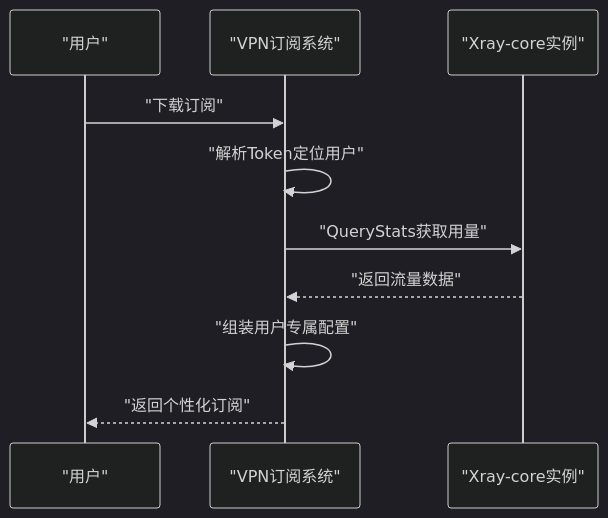
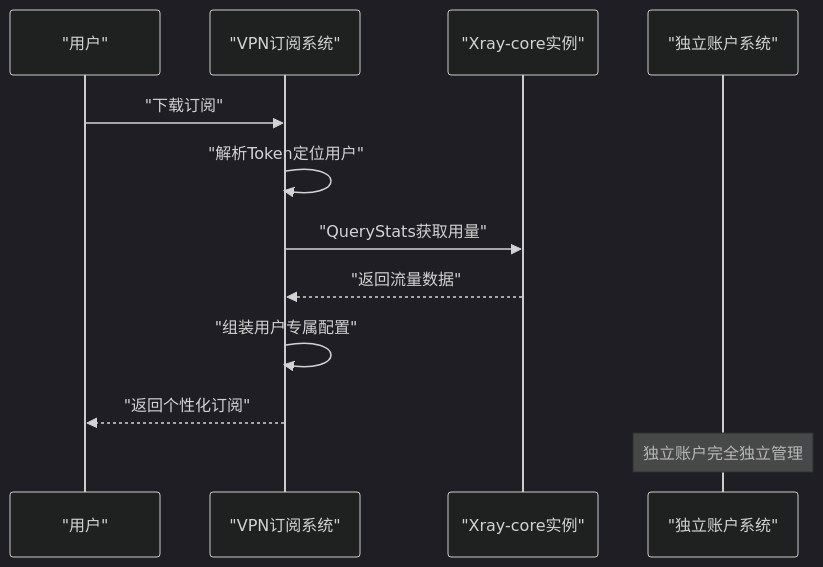
Before and after one commit to AlcaProphet/VPN-Subscription-Management: the fifth of 10 diagrams in .qoder/repowiki/zh/content/架构设计/架构设计.md, drawn with Mermaid (dark theme). The commit also changed other lines of this file and 7 other files, not shown here.

````diff
--- a/.qoder/repowiki/zh/content/架构设计/架构设计.md
+++ b/.qoder/repowiki/zh/content/架构设计/架构设计.md
@@ -259,12 +320,14 @@
 ```mermaid
 sequenceDiagram
 participant User as "用户"
 participant VPN as "VPN订阅系统"
 participant Xray as "Xray-core实例"
+participant ExtAcc as "独立账户系统"
 User->>VPN : "下载订阅"
 VPN->>VPN : "解析Token定位用户"
 VPN->>Xray : "QueryStats获取用量"
 Xray-->>VPN : "返回流量数据"
 VPN->>VPN : "组装用户专属配置"
 VPN-->>User : "返回个性化订阅"
+Note over ExtAcc : 独立账户完全独立管理
 ```
````
